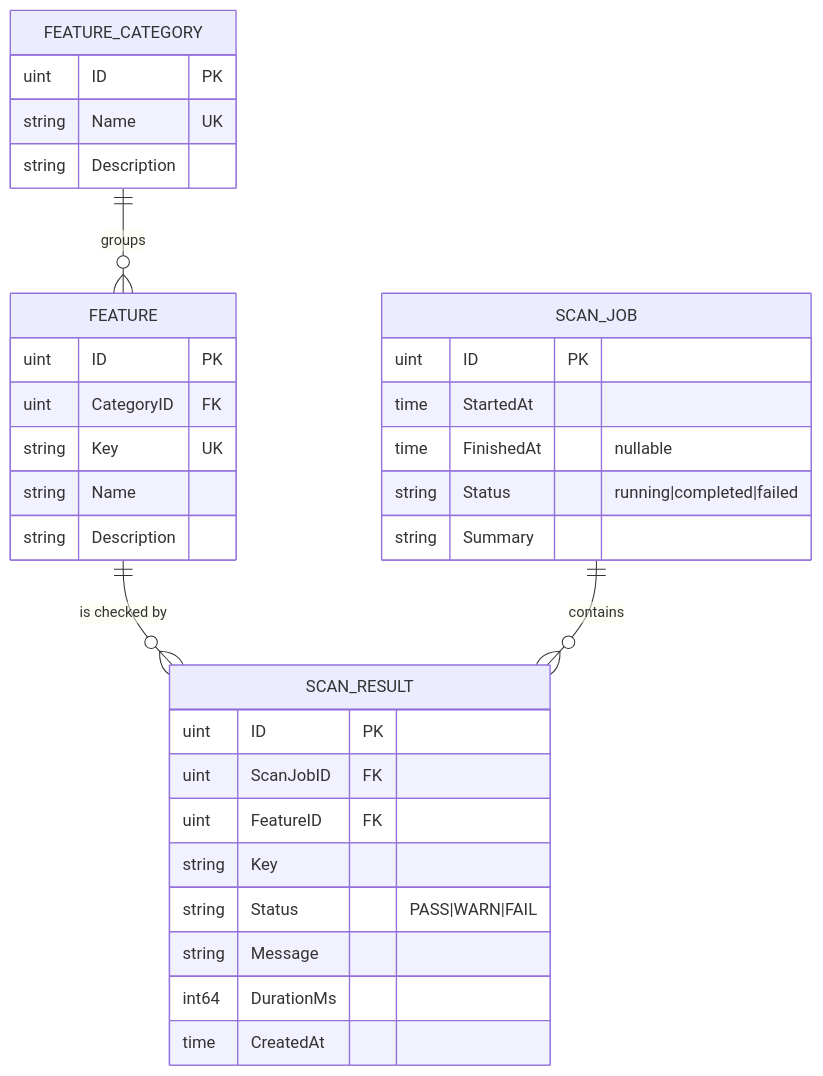
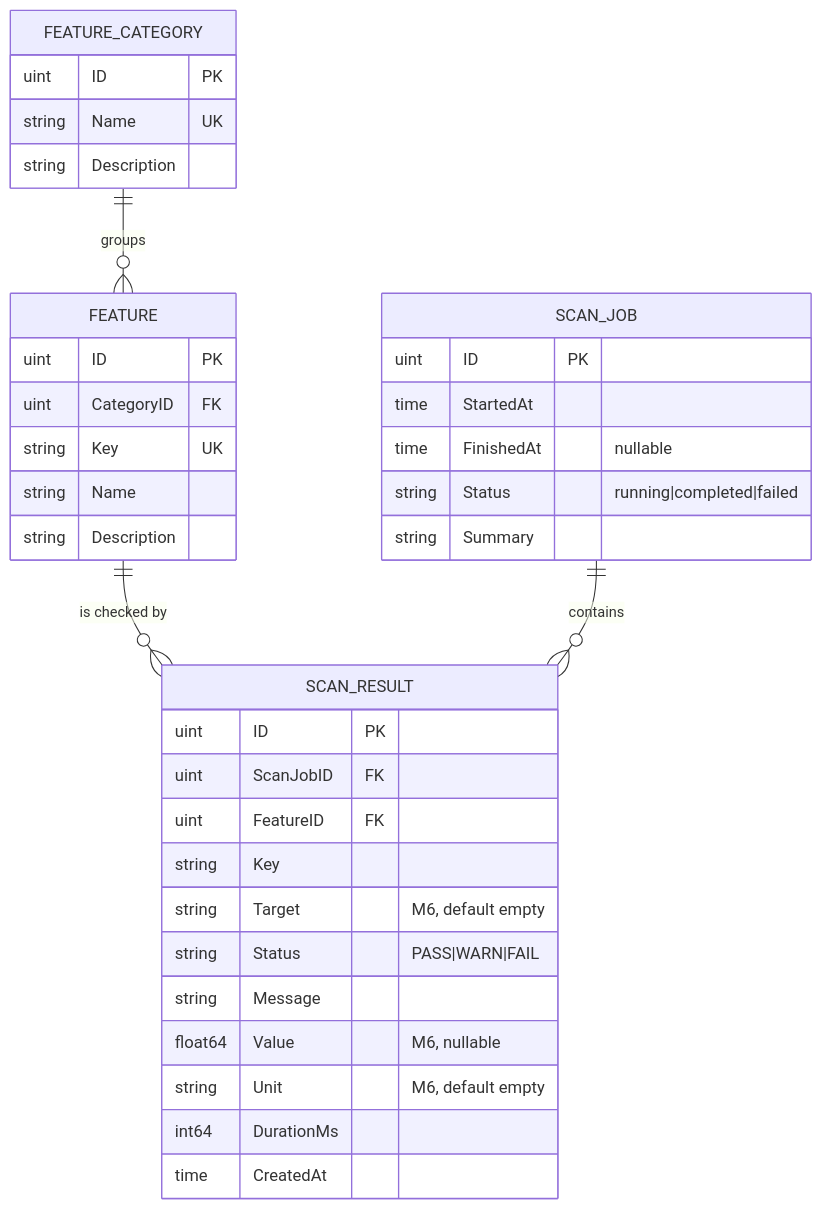
The third of 3 diagrams in intel/map.md (jabbott-iii/Salus), drawn with Mermaid before and after one commit. The commit also changed other lines of this file and 37 other files, not shown here.

````diff
--- a/intel/map.md
+++ b/intel/map.md
@@ -140,36 +166,39 @@
 ```mermaid
 erDiagram
     FEATURE_CATEGORY ||--o{ FEATURE : groups
     FEATURE ||--o{ SCAN_RESULT : "is checked by"
     SCAN_JOB ||--o{ SCAN_RESULT : contains
 
     FEATURE_CATEGORY {
         uint ID PK
         string Name UK
         string Description
     }
     FEATURE {
         uint ID PK
         uint CategoryID FK
         string Key UK
         string Name
         string Description
     }
     SCAN_JOB {
         uint ID PK
         time StartedAt
         time FinishedAt "nullable"
         string Status "running|completed|failed"
         string Summary
     }
     SCAN_RESULT {
         uint ID PK
         uint ScanJobID FK
         uint FeatureID FK
         string Key
+        string Target "M6, default empty"
         string Status "PASS|WARN|FAIL"
         string Message
+        float64 Value "M6, nullable"
+        string Unit "M6, default empty"
         int64 DurationMs
         time CreatedAt
     }
 ```
````
